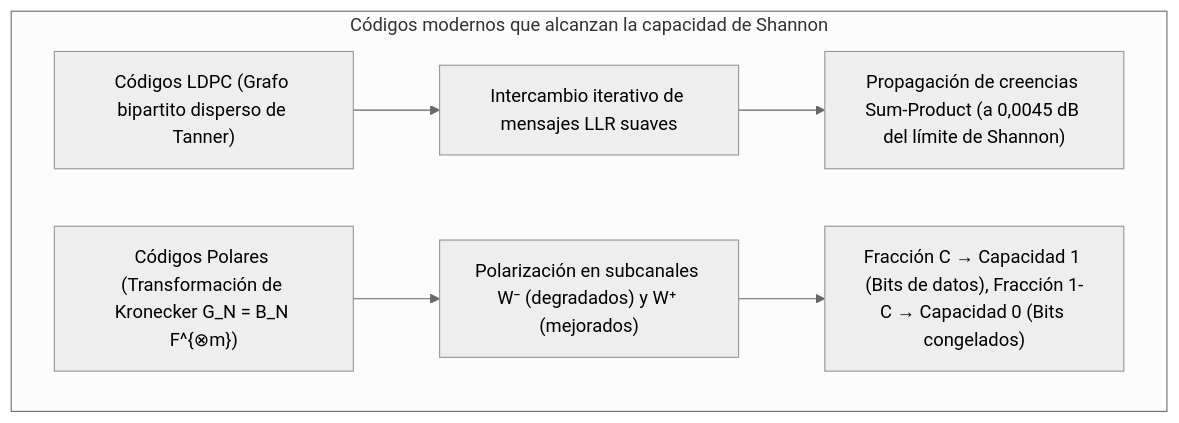
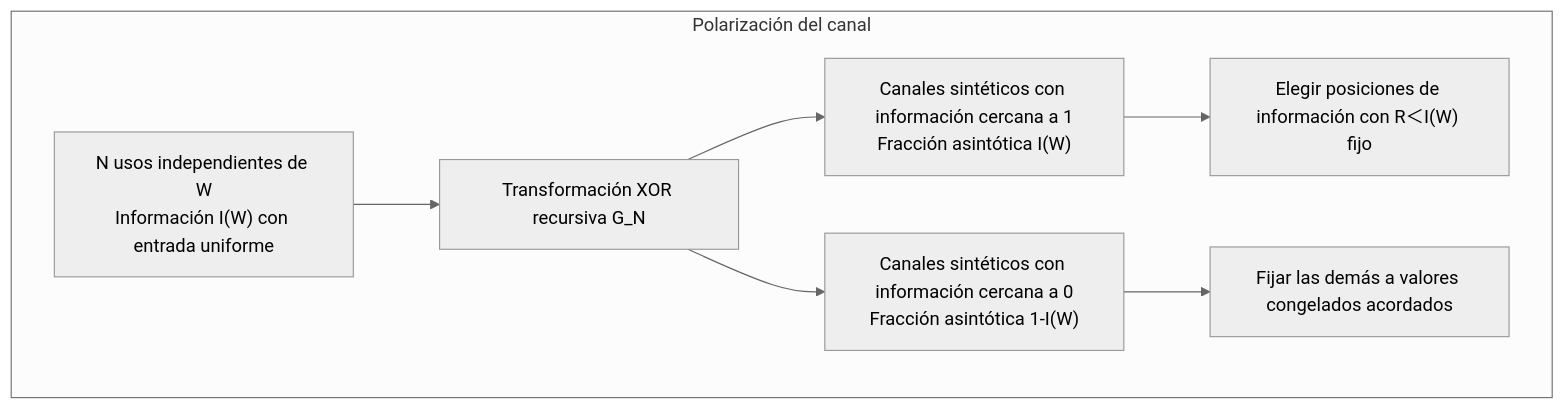
The fourth of 4 diagrams in content/post/error-correcting-codes-hamming-reed-solomon-ldpc-shannon-capacity-information-theory/index.es.md (kenjinote/blog), drawn with Mermaid (neutral theme) before and after one commit. The commit also changed other lines of this file and 18 other files, not shown here.

````diff
--- a/content/post/error-correcting-codes-hamming-reed-solomon-ldpc-shannon-capacity-information-theory/index.es.md
+++ b/content/post/error-correcting-codes-hamming-reed-solomon-ldpc-shannon-capacity-information-theory/index.es.md
@@ -133,9 +508,10 @@
 ```mermaid
 flowchart TD
-    subgraph CapES["Códigos modernos que alcanzan la capacidad de Shannon"]
-        L1["Códigos LDPC (Grafo bipartito disperso de Tanner)"] --> L2["Intercambio iterativo de mensajes LLR suaves"]
-        L2 --> L3["Propagación de creencias Sum-Product (a 0,0045 dB del límite de Shannon)"]
-        P1["Códigos Polares (Transformación de Kronecker G_N = B_N F^{⊗m})"] --> P2["Polarización en subcanales W⁻ (degradados) y W⁺ (mejorados)"]
-        P2 --> P3["Fracción C → Capacidad 1 (Bits de datos), Fracción 1-C → Capacidad 0 (Bits congelados)"]
+    subgraph Polar["Polarización del canal"]
+        W["N usos independientes de W<br/>Información I(W) con entrada uniforme"] --> Kron["Transformación XOR recursiva G_N"]
+        Kron --> Good["Canales sintéticos con información cercana a 1<br/>Fracción asintótica I(W)"]
+        Kron --> Bad["Canales sintéticos con información cercana a 0<br/>Fracción asintótica 1-I(W)"]
+        Good --> Info["Elegir posiciones de información con R＜I(W) fijo"]
+        Bad --> Frozen["Fijar las demás a valores congelados acordados"]
     end
 ```
````
